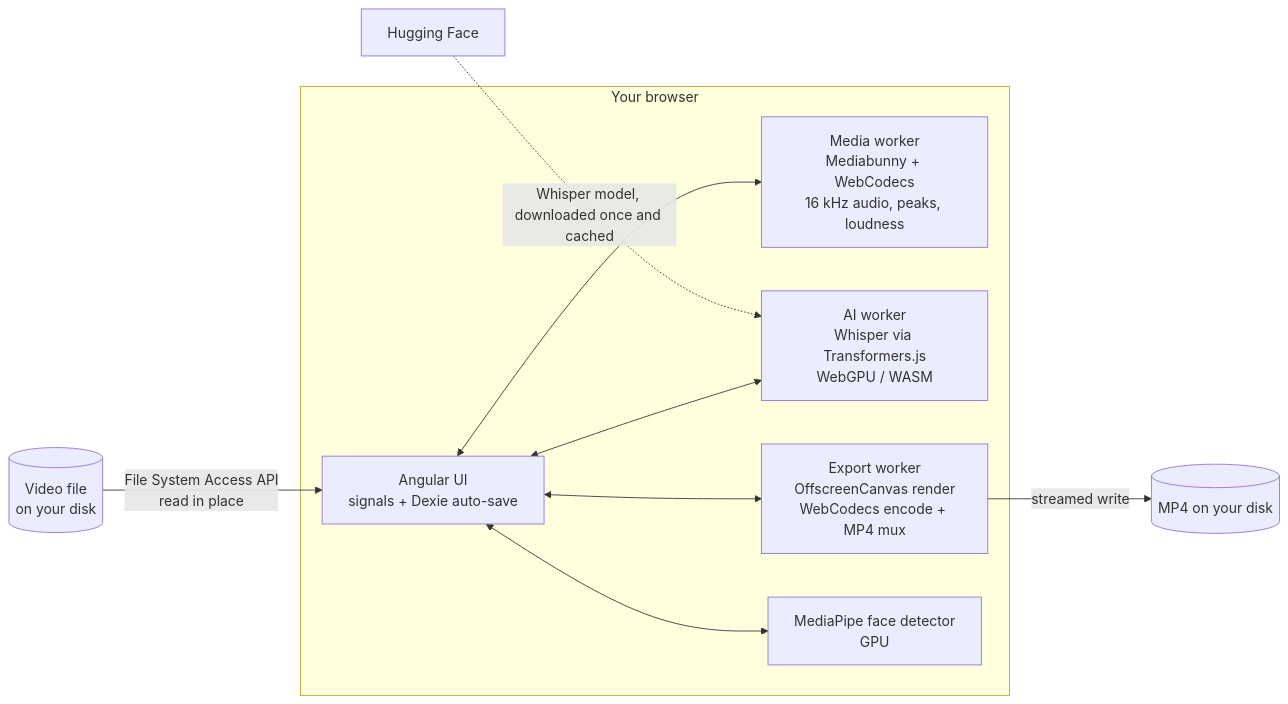
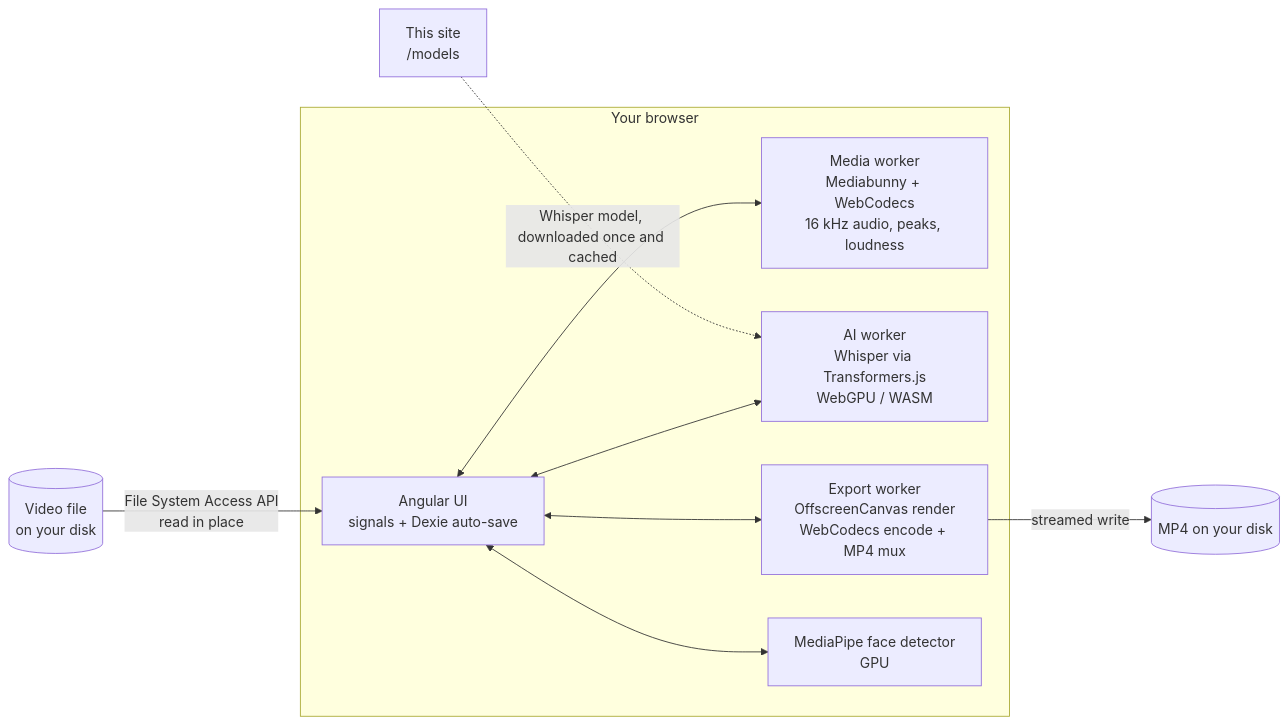
One commit to ImMaxence/LocalCutVideo changed the diagram in README.md. Above: the diagram before and after it, drawn with Mermaid. The commit also changed other lines of this file and 26 other files, not shown here.

````diff
--- a/README.md
+++ b/README.md
@@ -87,19 +88,19 @@
 ```mermaid
 flowchart LR
   file[(Video file<br/>on your disk)] -->|File System Access API<br/>read in place| ui
 
   subgraph browser[Your browser]
     ui[Angular UI<br/>signals + Dexie auto-save]
     media[Media worker<br/>Mediabunny + WebCodecs<br/>16 kHz audio, peaks, loudness]
     ai[AI worker<br/>Whisper via Transformers.js<br/>WebGPU / WASM]
     exp[Export worker<br/>OffscreenCanvas render<br/>WebCodecs encode + MP4 mux]
     face[MediaPipe face detector<br/>GPU]
     ui <--> media
     ui <--> ai
     ui <--> face
     ui <--> exp
   end
 
   exp -->|streamed write| out[(MP4 on your disk)]
-  hf[Hugging Face] -. Whisper model, downloaded once and cached .-> ai
+  site[This site<br/>/models] -. Whisper model, downloaded once and cached .-> ai
 ```
````
